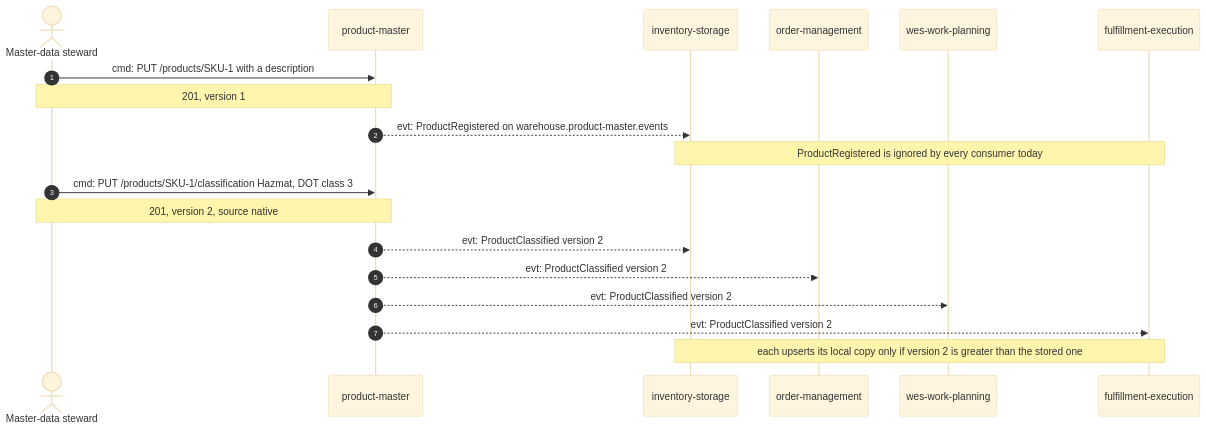
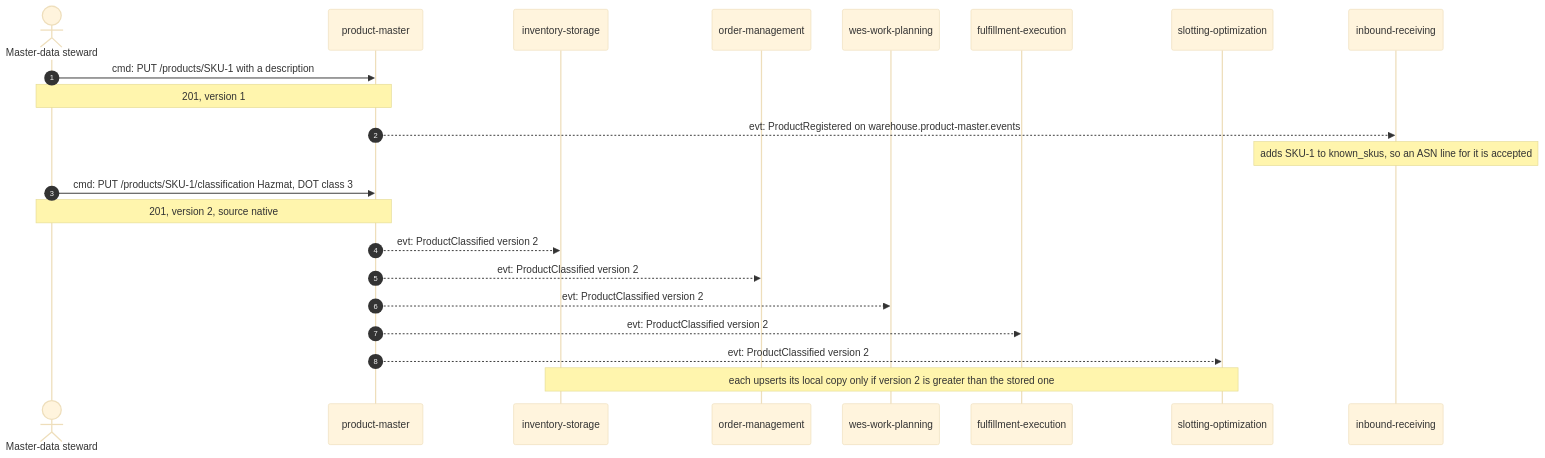
Before and after one commit to IQVO/product-master: the first of 3 diagrams in docs/docs/ddd/domain-message-flow.md, drawn with Mermaid (base theme). The commit also changed other lines of this file and 13 other files, not shown here.

````diff
--- a/docs/docs/ddd/domain-message-flow.md
+++ b/docs/docs/ddd/domain-message-flow.md
@@ -18,21 +19,24 @@
 ```mermaid
 sequenceDiagram
   autonumber
   actor Steward as Master-data steward
   participant PM as product-master
   participant INV as inventory-storage
   participant OM as order-management
   participant WWP as wes-work-planning
   participant FE as fulfillment-execution
+  participant SO as slotting-optimization
+  participant IR as inbound-receiving
   Steward->>PM: cmd: PUT /products/SKU-1 with a description
   Note over Steward,PM: 201, version 1
-  PM-->>INV: evt: ProductRegistered on warehouse.product-master.events
-  Note over INV,FE: ProductRegistered is ignored by every consumer today
+  PM-->>IR: evt: ProductRegistered on warehouse.product-master.events
+  Note over IR: adds SKU-1 to known_skus, so an ASN line for it is accepted
   Steward->>PM: cmd: PUT /products/SKU-1/classification Hazmat, DOT class 3
   Note over Steward,PM: 201, version 2, source native
   PM-->>INV: evt: ProductClassified version 2
   PM-->>OM: evt: ProductClassified version 2
   PM-->>WWP: evt: ProductClassified version 2
   PM-->>FE: evt: ProductClassified version 2
-  Note over INV,FE: each upserts its local copy only if version 2 is greater than the stored one
+  PM-->>SO: evt: ProductClassified version 2
+  Note over INV,SO: each upserts its local copy only if version 2 is greater than the stored one
 ```
````
